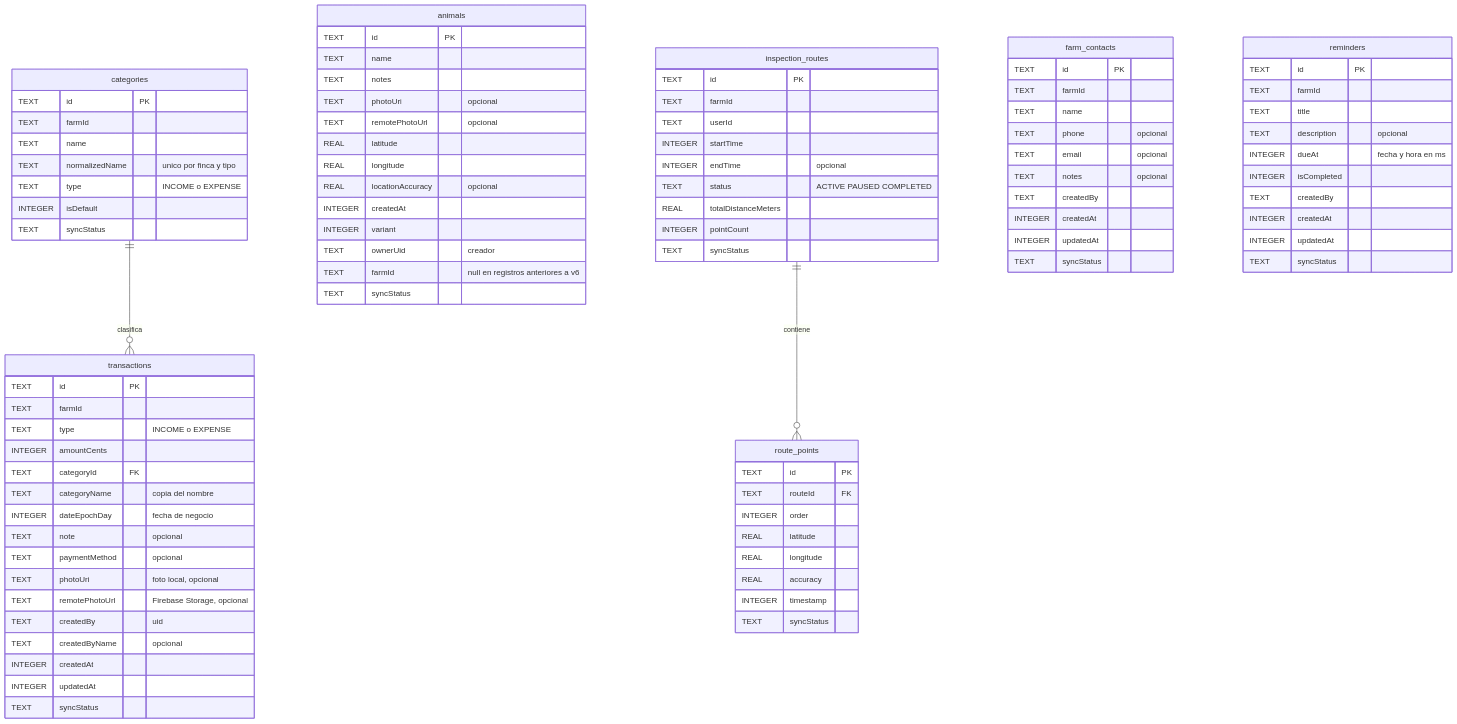
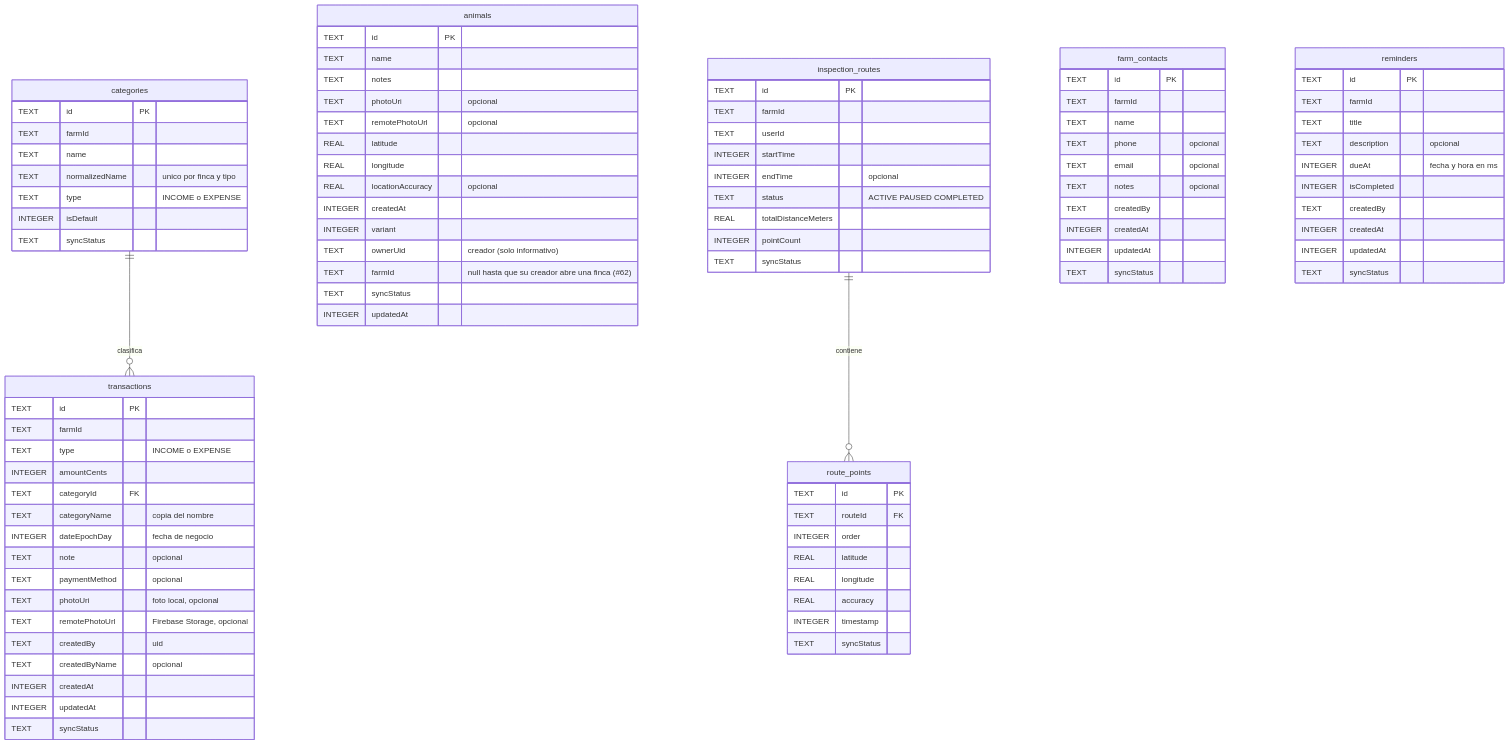
One commit to PUJ-ICM-1131/SGE changed the first of 2 diagrams in docs/5-modelo-datos/README.md. Above: the diagram before and after it, drawn with Mermaid. The commit also changed other lines of this file and 8 other files, not shown here.

```diff
--- a/docs/5-modelo-datos/README.md
+++ b/docs/5-modelo-datos/README.md
@@ -64,9 +64,10 @@
         REAL locationAccuracy "opcional"
         INTEGER createdAt
         INTEGER variant
-        TEXT ownerUid "creador"
-        TEXT farmId "null en registros anteriores a v6"
+        TEXT ownerUid "creador (solo informativo)"
+        TEXT farmId "null hasta que su creador abre una finca (#62)"
         TEXT syncStatus
+        INTEGER updatedAt
     }
     inspection_routes {
         TEXT id PK
```
